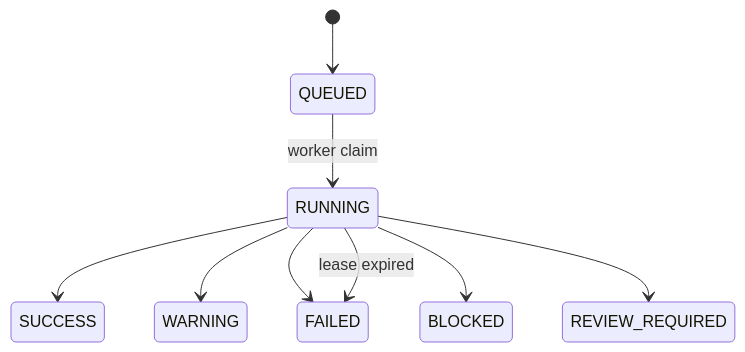
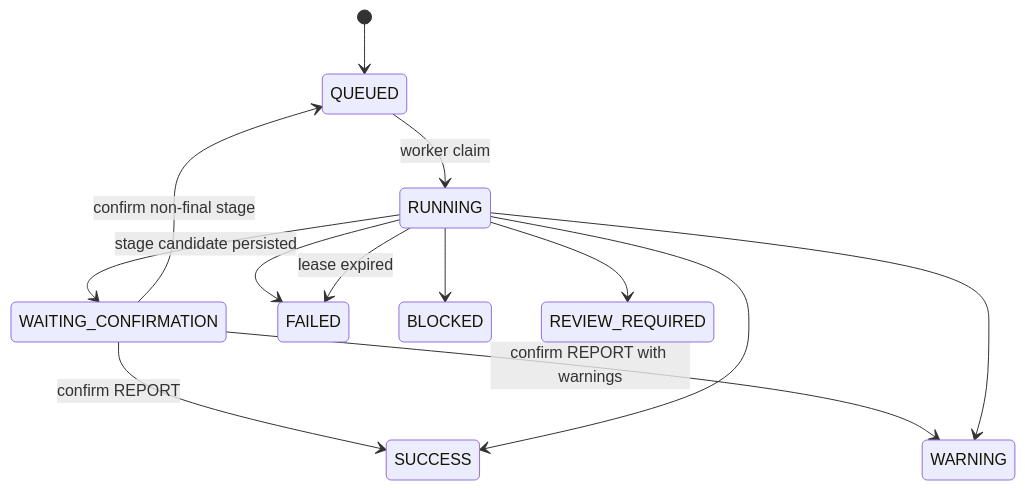
Before and after one commit to hytgithub/cnlc-agentscope: the third of 3 diagrams in docs/07-database-design.md, drawn with Mermaid. The commit also changed other lines of this file and 19 other files, not shown here.

````diff
--- a/docs/07-database-design.md
+++ b/docs/07-database-design.md
@@ -173,11 +174,15 @@
 ```mermaid
 stateDiagram-v2
     [*] --> QUEUED
     QUEUED --> RUNNING: worker claim
+    RUNNING --> WAITING_CONFIRMATION: stage candidate persisted
+    WAITING_CONFIRMATION --> QUEUED: confirm non-final stage
+    WAITING_CONFIRMATION --> SUCCESS: confirm REPORT
+    WAITING_CONFIRMATION --> WARNING: confirm REPORT with warnings
     RUNNING --> SUCCESS
     RUNNING --> WARNING
     RUNNING --> FAILED
     RUNNING --> BLOCKED
     RUNNING --> REVIEW_REQUIRED
     RUNNING --> FAILED: lease expired
 ```
````
